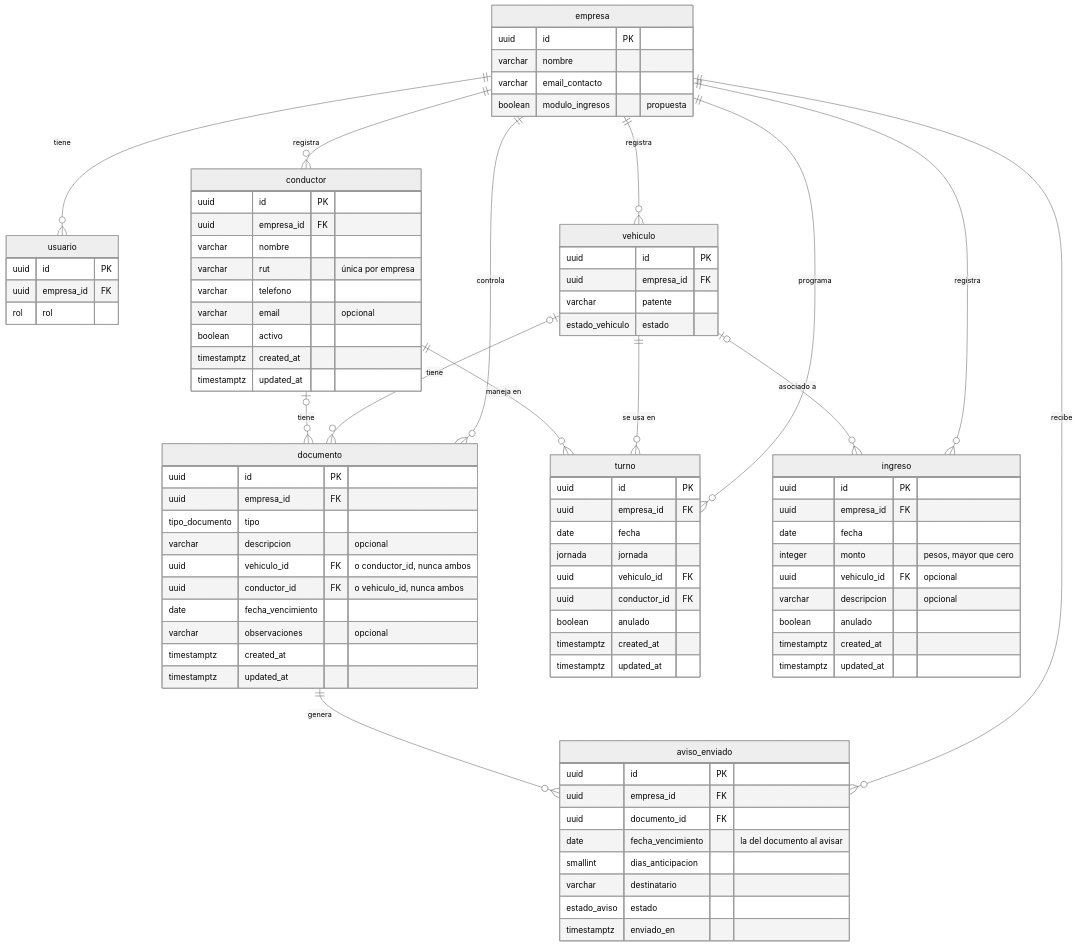
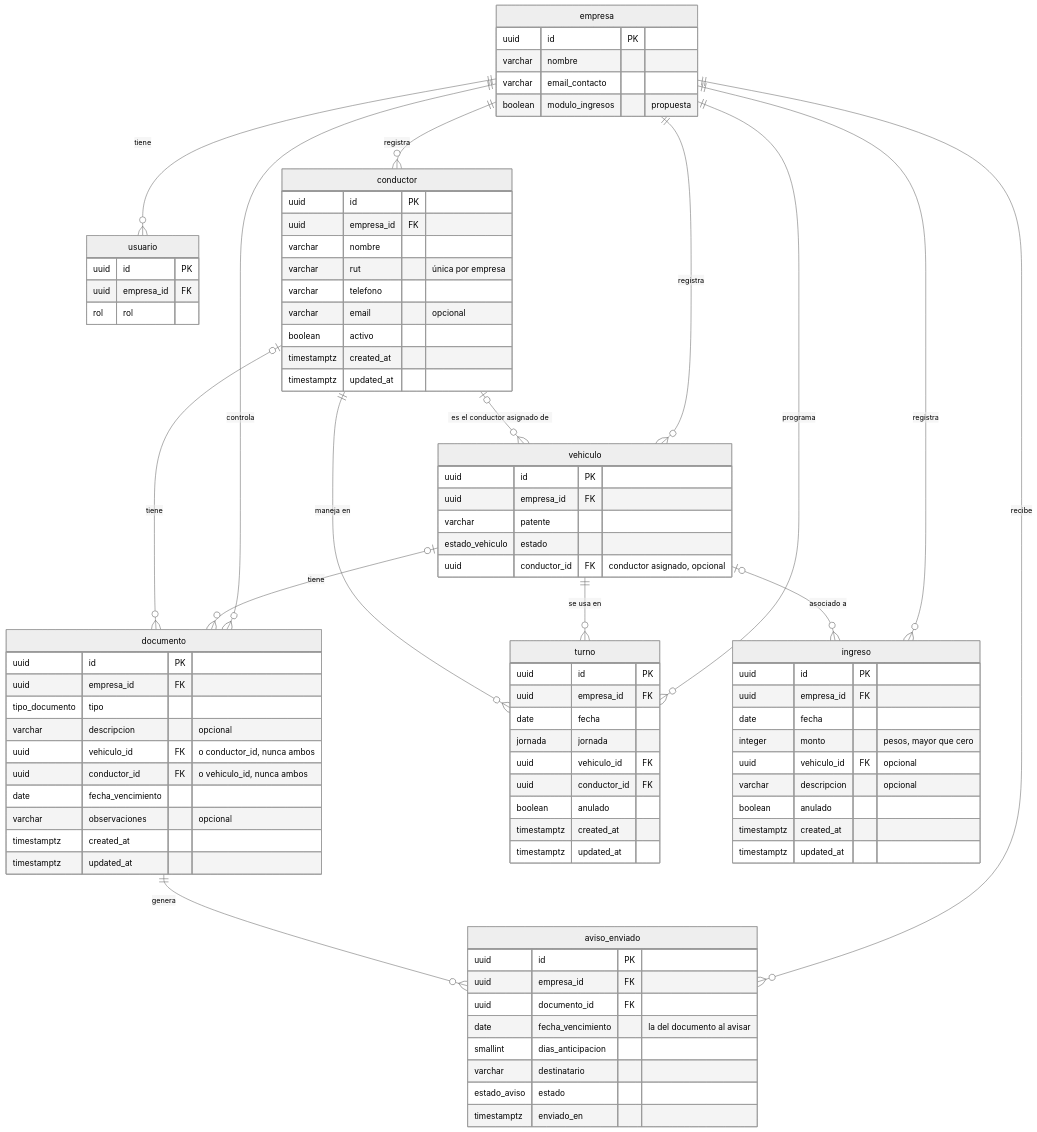
Before and after one commit to josemarcelovg/capstone-2026-002D-equipo09: the second of 2 diagrams in Fase 2/Evidencias Proyecto/Evidencias de documentación/JOS-04_Modelo_de_Datos.md, drawn with Mermaid (neutral theme). The commit also changed other lines of this file and 2 other files, not shown here.

Commit message:
Vehículos: columna del conductor asignado y su migración (PB-24)
- vehiculo.conductor_id, opcional, con clave foránea compuesta
  (conductor_id, empresa_id) a conductor: no puede apuntar a un conductor
  de otra empresa. Índice para la ficha del conductor.
- Migración 20261104042704_conductor_asignado, generada con prisma migrate
  diff. No crea tablas, así que no necesita RLS nuevo.
- JOS-04: la columna en la tabla vehiculo y la relación en el diagrama.

```diff
--- a/Fase 2/Evidencias Proyecto/Evidencias de documentación/JOS-04_Modelo_de_Datos.md
+++ b/Fase 2/Evidencias Proyecto/Evidencias de documentación/JOS-04_Modelo_de_Datos.md
@@ -93,6 +93,7 @@
     empresa ||--o{ ingreso : "registra"
     vehiculo |o--o{ documento : "tiene"
     conductor |o--o{ documento : "tiene"
+    conductor |o--o{ vehiculo : "es el conductor asignado de"
     vehiculo ||--o{ turno : "se usa en"
     conductor ||--o{ turno : "maneja en"
     documento ||--o{ aviso_enviado : "genera"
@@ -114,6 +115,7 @@
         uuid empresa_id FK
         varchar patente
         estado_vehiculo estado
+        uuid conductor_id FK "conductor asignado, opcional"
     }
     conductor {
         uuid id PK
```
